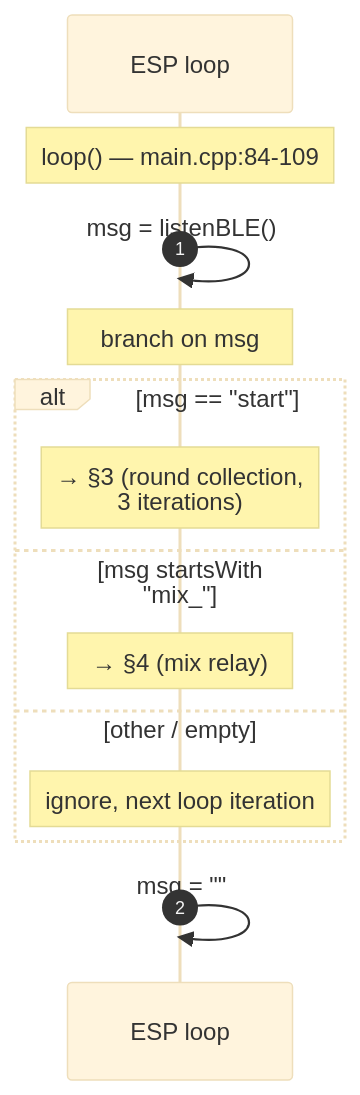
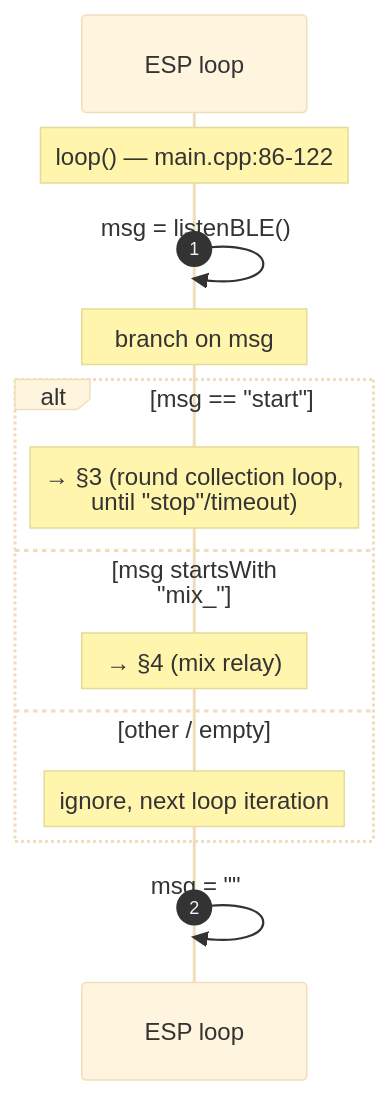
One commit to Hubert005/IoT_Projekt changed the second of 4 diagrams in docs/esp32-c3/sequence-diagrams.md. Above: the diagram before and after it, drawn with Mermaid (base theme). The commit also changed other lines of this file and 19 other files, not shown here.

````diff
--- a/docs/esp32-c3/sequence-diagrams.md
+++ b/docs/esp32-c3/sequence-diagrams.md
@@ -26,16 +27,16 @@
 ```mermaid
 sequenceDiagram
     autonumber
     participant ESP as ESP loop
-    Note over ESP: loop() — main.cpp:84-109
+    Note over ESP: loop() — main.cpp:86-122
     ESP->>ESP: msg = listenBLE()
     Note over ESP: branch on msg
     alt msg == "start"
-        Note over ESP: → §3 (round collection,<br/>3 iterations)
+        Note over ESP: → §3 (round collection loop,<br/>until "stop"/timeout)
     else msg startsWith "mix_"
         Note over ESP: → §4 (mix relay)
     else other / empty
         Note over ESP: ignore, next loop iteration
     end
     ESP->>ESP: msg = ""
 ```
````
